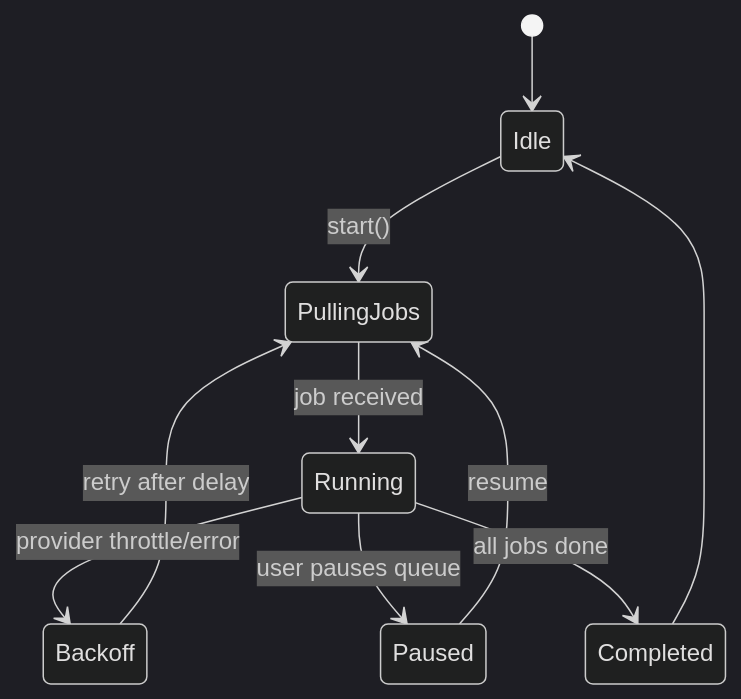
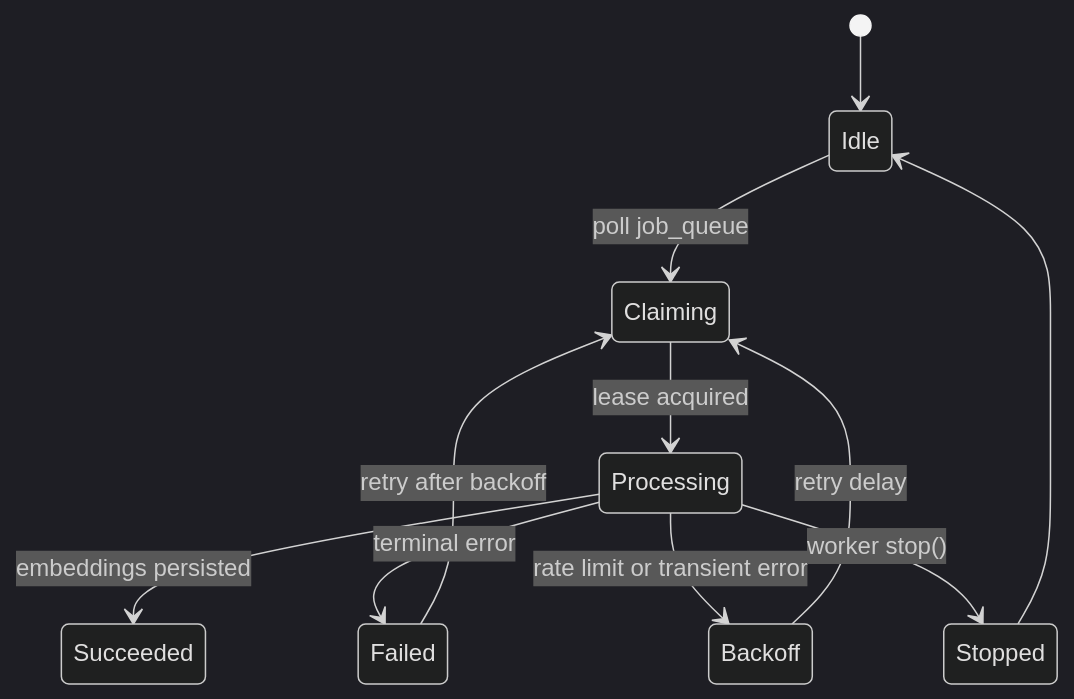
Before and after one commit to seandearnaley/brainstrike: the third of 3 diagrams in docs/architecture/03-embedding-pipeline.md, drawn with Mermaid (dark theme). The commit also changed other lines of this file and 18 other files, not shown here.

````diff
--- a/docs/architecture/03-embedding-pipeline.md
+++ b/docs/architecture/03-embedding-pipeline.md
@@ -53,12 +58,13 @@
 ```mermaid
 stateDiagram-v2
   [*] --> Idle
-  Idle --> PullingJobs: start()
-  PullingJobs --> Running: job received
-  Running --> Backoff: provider throttle/error
-  Backoff --> PullingJobs: retry after delay
-  Running --> Paused: user pauses queue
-  Paused --> PullingJobs: resume
-  Running --> Completed: all jobs done
-  Completed --> Idle
+  Idle --> Claiming: poll job_queue
+  Claiming --> Processing: lease acquired
+  Processing --> Succeeded: embeddings persisted
+  Processing --> Failed: terminal error
+  Failed --> Claiming: retry after backoff
+  Processing --> Backoff: rate limit or transient error
+  Backoff --> Claiming: retry delay
+  Processing --> Stopped: worker stop()
+  Stopped --> Idle
 ```
````
